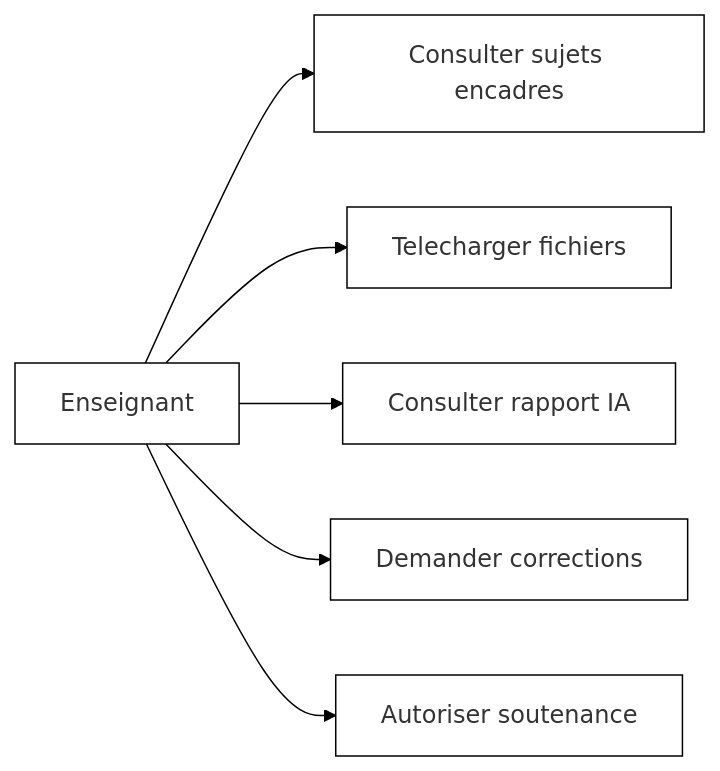
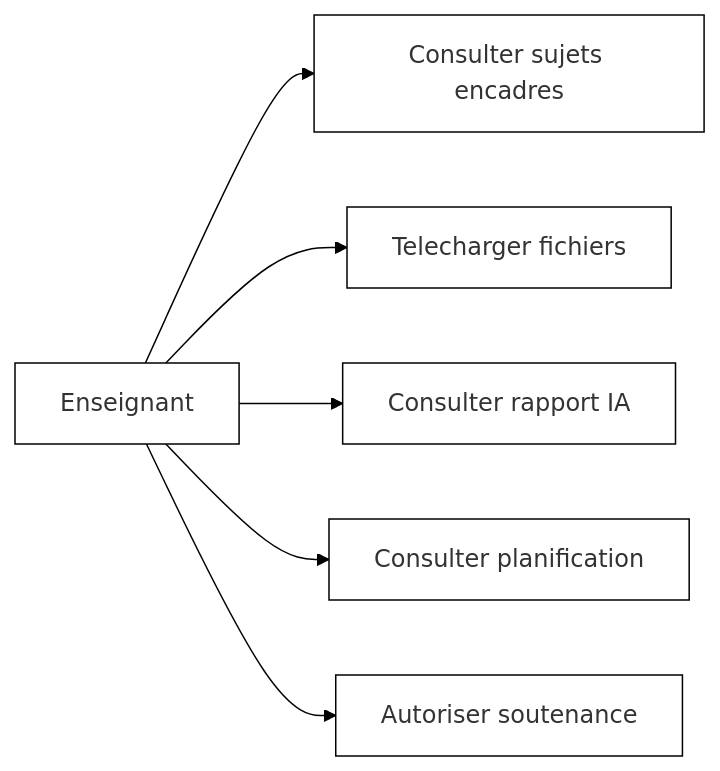
Before and after one commit to DavidMwangaza/TFC-Manager: the fourth of 13 diagrams in DIAGRAMMES-PAR-CHAPITRE-NB.md, drawn with Mermaid. The commit also changed other lines of this file and 34 other files, not shown here.

````diff
--- a/DIAGRAMMES-PAR-CHAPITRE-NB.md
+++ b/DIAGRAMMES-PAR-CHAPITRE-NB.md
@@ -98,16 +104,16 @@
 ```mermaid
 %%{init: {'theme':'base','themeVariables': {'background':'#ffffff','primaryColor':'#ffffff','primaryBorderColor':'#000000','lineColor':'#000000','textColor':'#000000'}}}%%
 graph LR
     A[Enseignant]
     U1[Consulter sujets encadres]
     U2[Telecharger fichiers]
     U3[Consulter rapport IA]
-    U4[Demander corrections]
+    U4[Consulter planification]
     U5[Autoriser soutenance]
 
     A --> U1
     A --> U2
     A --> U3
     A --> U4
     A --> U5
 ```
````
